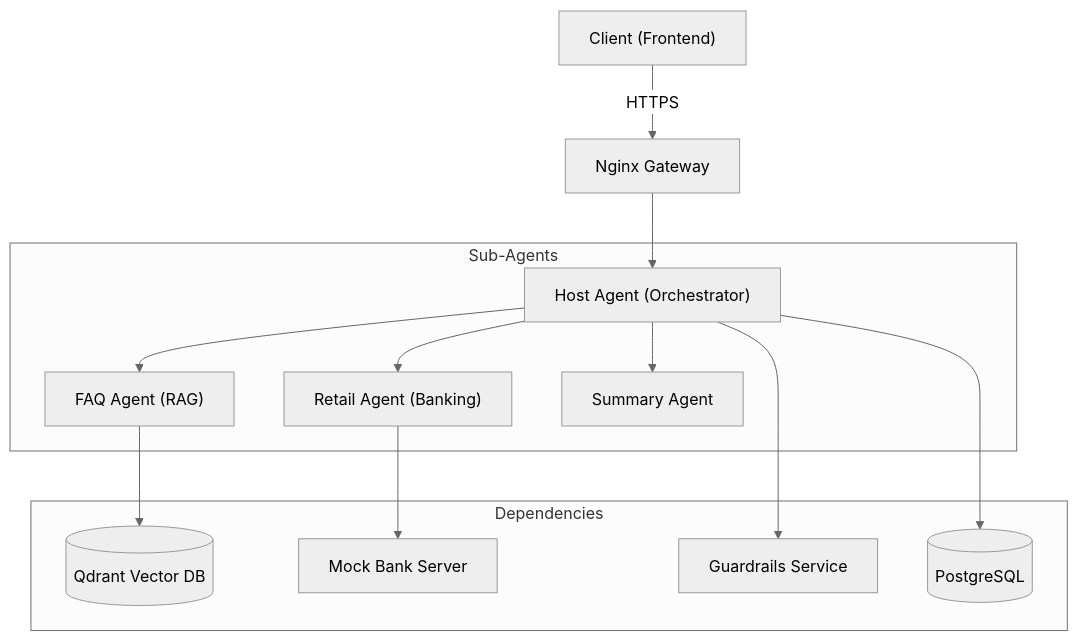
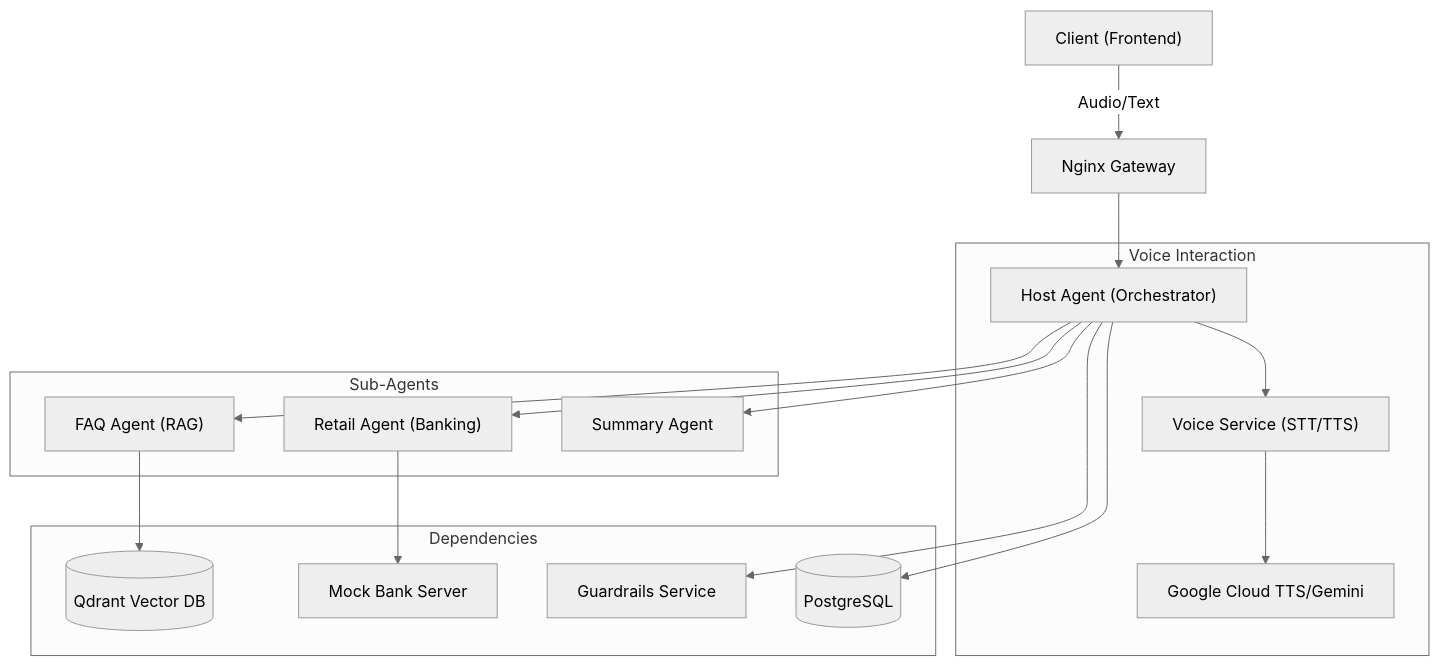
Before and after one commit to Hany-Erfan/FinAI: the first of 2 diagrams in README.md, drawn with Mermaid (neutral theme). The commit also changed other lines of this file and 16 other files, not shown here.

Commit message:
added voice service

````diff
--- a/README.md
+++ b/README.md
@@ -24,18 +27,23 @@
 ```mermaid
 graph TD
-    Client["Client (Frontend)"] -->|HTTPS| Gateway["Nginx Gateway"]
+    Client["Client (Frontend)"] -->|Audio/Text| Gateway["Nginx Gateway"]
     Gateway --> HostAgent["Host Agent (Orchestrator)"]
     
+    subgraph Voice Interaction
+        HostAgent --> VoiceService["Voice Service (STT/TTS)"]
+        VoiceService --> GoogleCloud["Google Cloud TTS/Gemini"]
+    end
+
     subgraph Sub-Agents
         HostAgent --> FAQAgent["FAQ Agent (RAG)"]
         HostAgent --> RetailAgent["Retail Agent (Banking)"]
         HostAgent --> SummaryAgent["Summary Agent"]
     end
     
     subgraph Dependencies
         FAQAgent --> Qdrant[("Qdrant Vector DB")]
         RetailAgent --> BankServer["Mock Bank Server"]
         HostAgent --> Guardrails["Guardrails Service"]
         HostAgent --> Postgres[("PostgreSQL")]
     end
 ```
````
